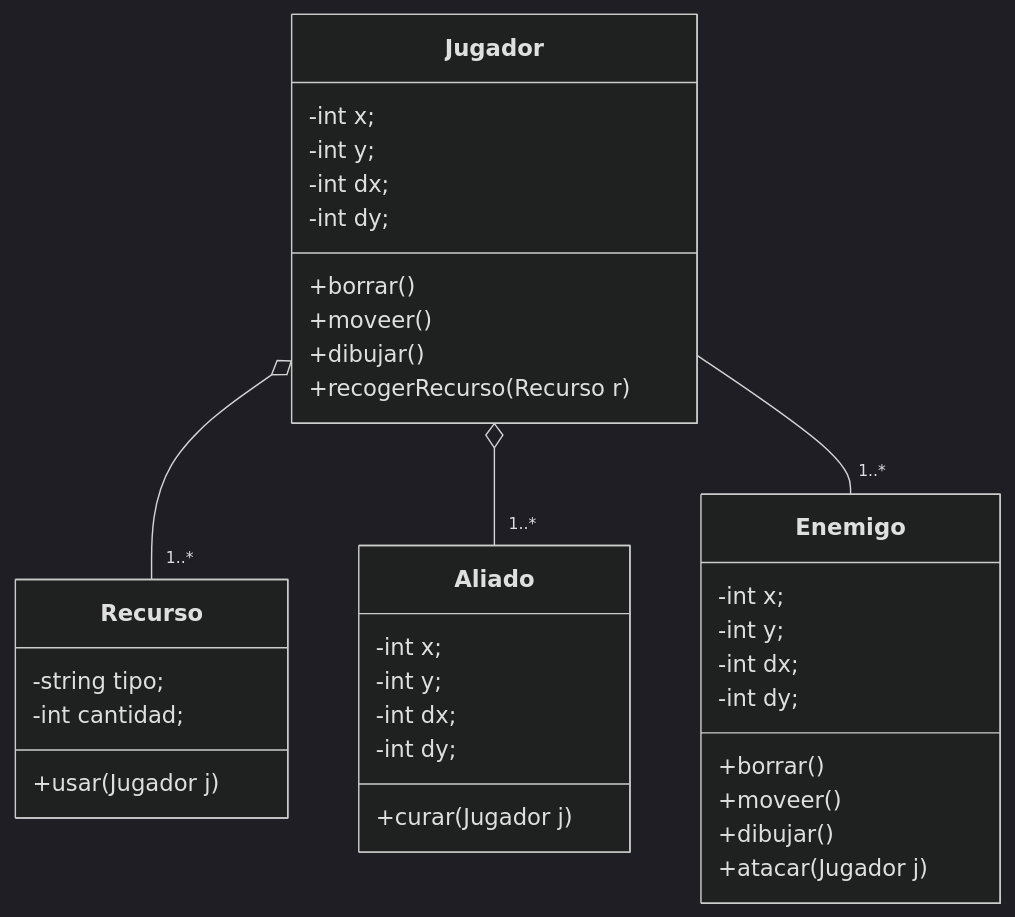
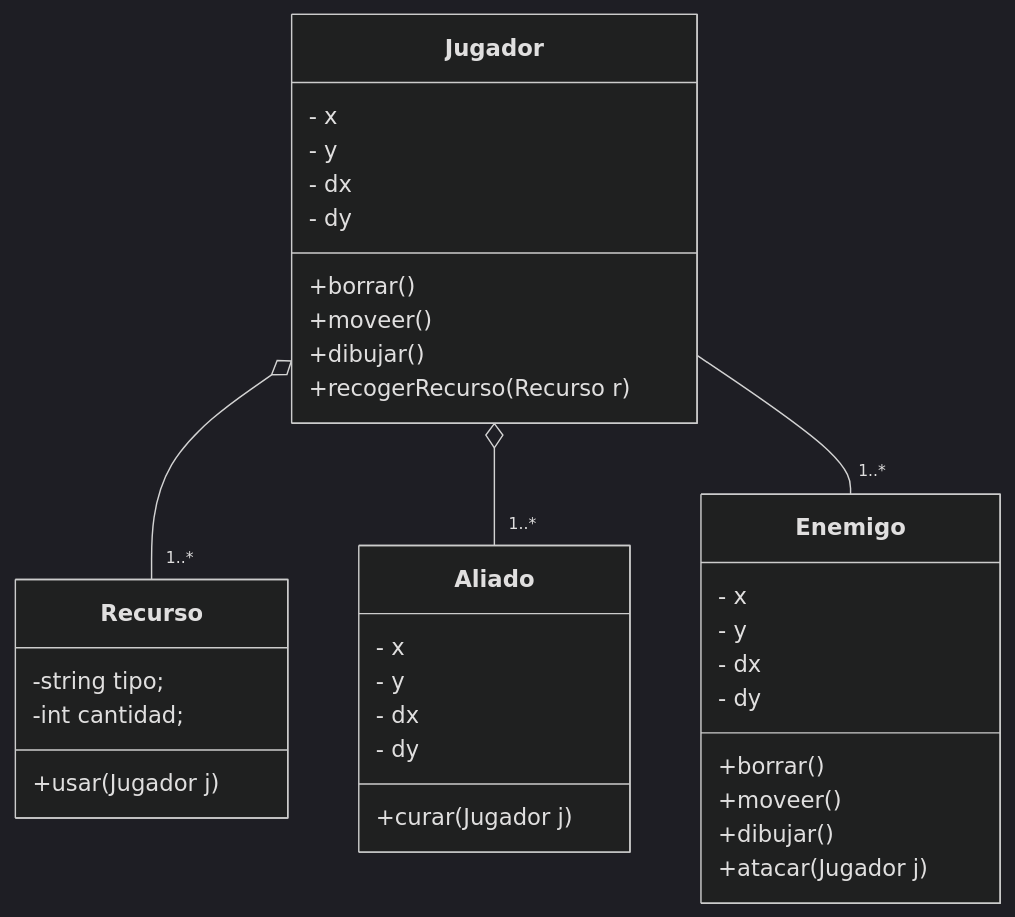
Before and after one commit to ismasscs51/algoritmos_group03_tf: the diagram in INFORME.md, drawn with Mermaid (dark theme).

````diff
--- a/INFORME.md
+++ b/INFORME.md
@@ -125,44 +125,44 @@
 ```mermaid
 classDiagram
 
 class Jugador {
--int x;
--int y;
--int dx;
--int dy;
+- x
+- y
+- dx
+- dy
 +borrar()
 +moveer()
 +dibujar()
 +recogerRecurso(Recurso r)
 }
 
 class Enemigo {
--int x;
--int y;
--int dx;
--int dy;
+- x
+- y
+- dx
+- dy
 +borrar()
 +moveer()
 +dibujar()
 +atacar(Jugador j)
 }
 
 class Aliado {
--int x;
--int y;
--int dx;
--int dy;
+- x
+- y
+- dx
+- dy
 +curar(Jugador j)
 }
 
 class Recurso {
 -string tipo;
 -int cantidad;
 +usar(Jugador j)
 }
 
 Jugador o-- "1..*" Recurso
 Jugador o-- "1..*" Aliado
 Jugador -- "1..*" Enemigo
 
 ```
````
